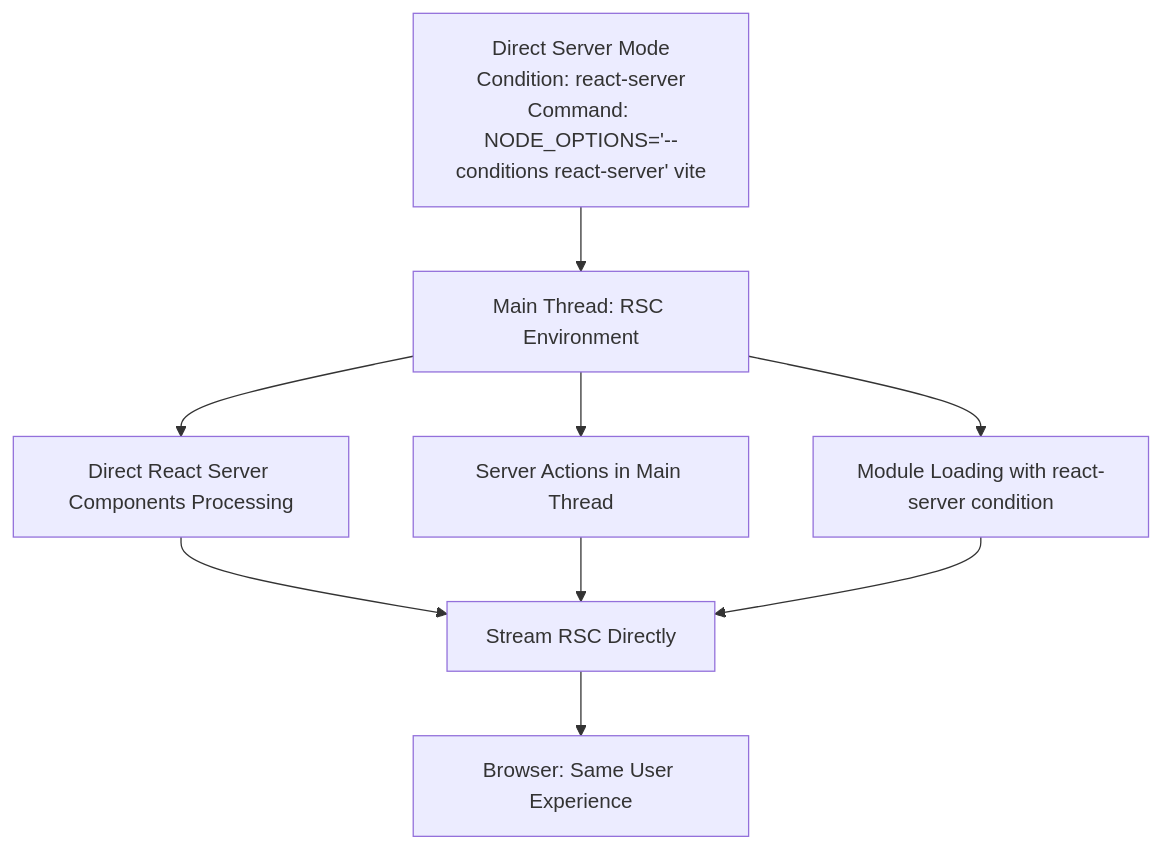
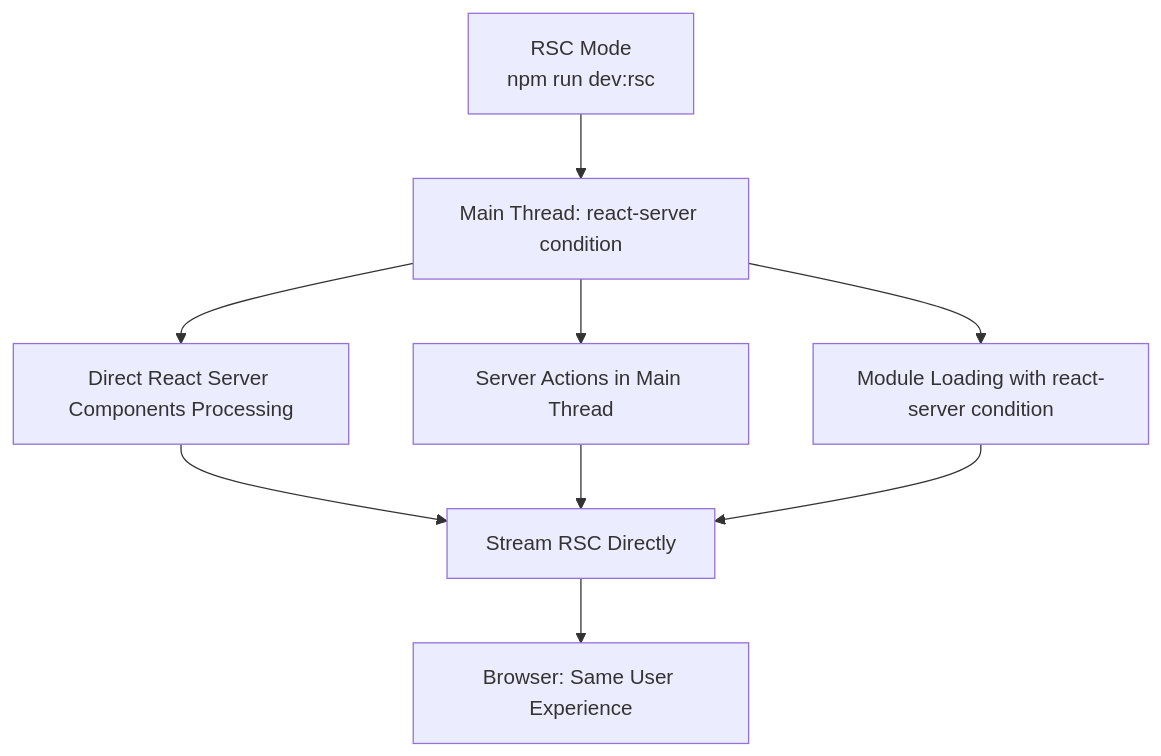
Before and after one commit to nicobrinkkemper/vite-plugin-react-server: the second of 3 diagrams in docs/core-concepts.md, drawn with Mermaid. The commit also changed other lines of this file and 6 other files, not shown here.

First line of the commit message:
fix: use server environment runner in dev mode, update docs

````diff
--- a/docs/core-concepts.md
+++ b/docs/core-concepts.md
@@ -174,11 +174,11 @@
 ```mermaid
 graph TD
-    A[Direct Server Mode<br/>Condition: react-server<br/>Command: NODE_OPTIONS='--conditions react-server' vite] --> B[Main Thread: RSC Environment]
+    A[RSC Mode<br/>npm run dev:rsc] --> B[Main Thread: react-server condition]
     B --> C[Direct React Server Components Processing]
     B --> D[Server Actions in Main Thread]
     B --> E[Module Loading with react-server condition]
     C --> F[Stream RSC Directly]
     D --> F
     E --> F
     F --> G[Browser: Same User Experience]
 ```
````
